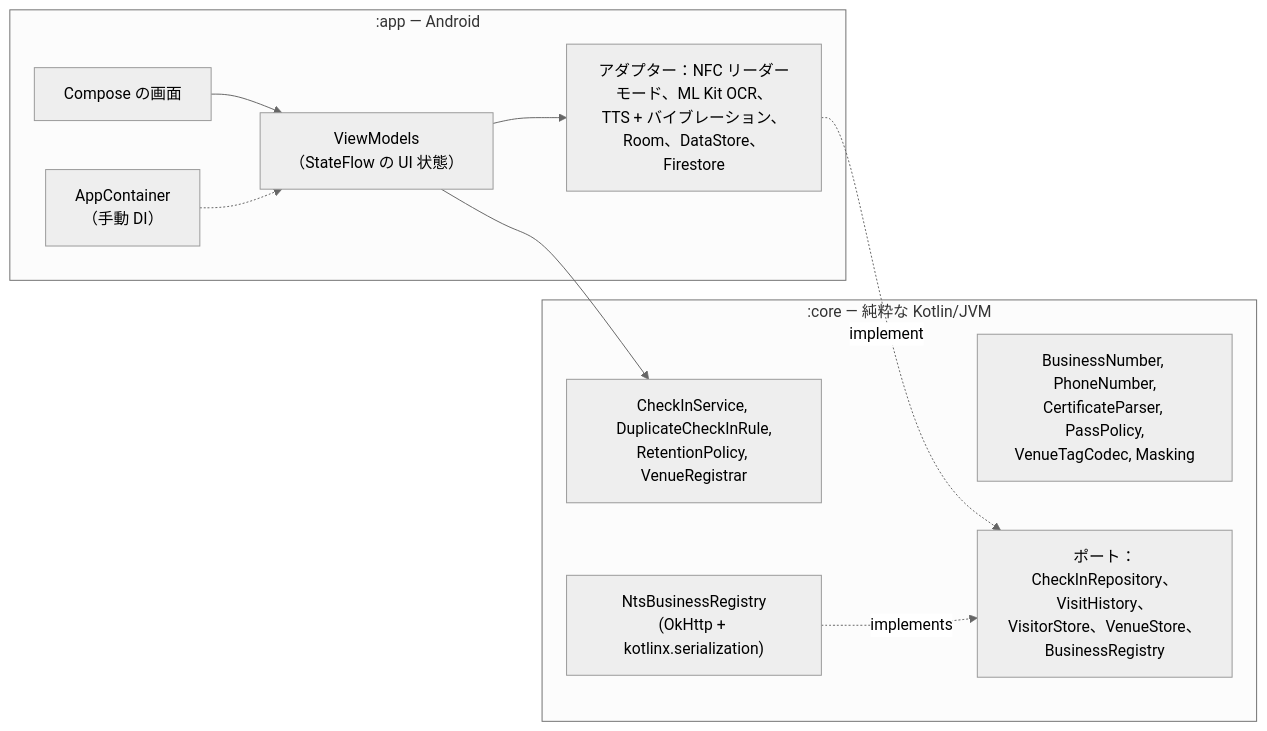
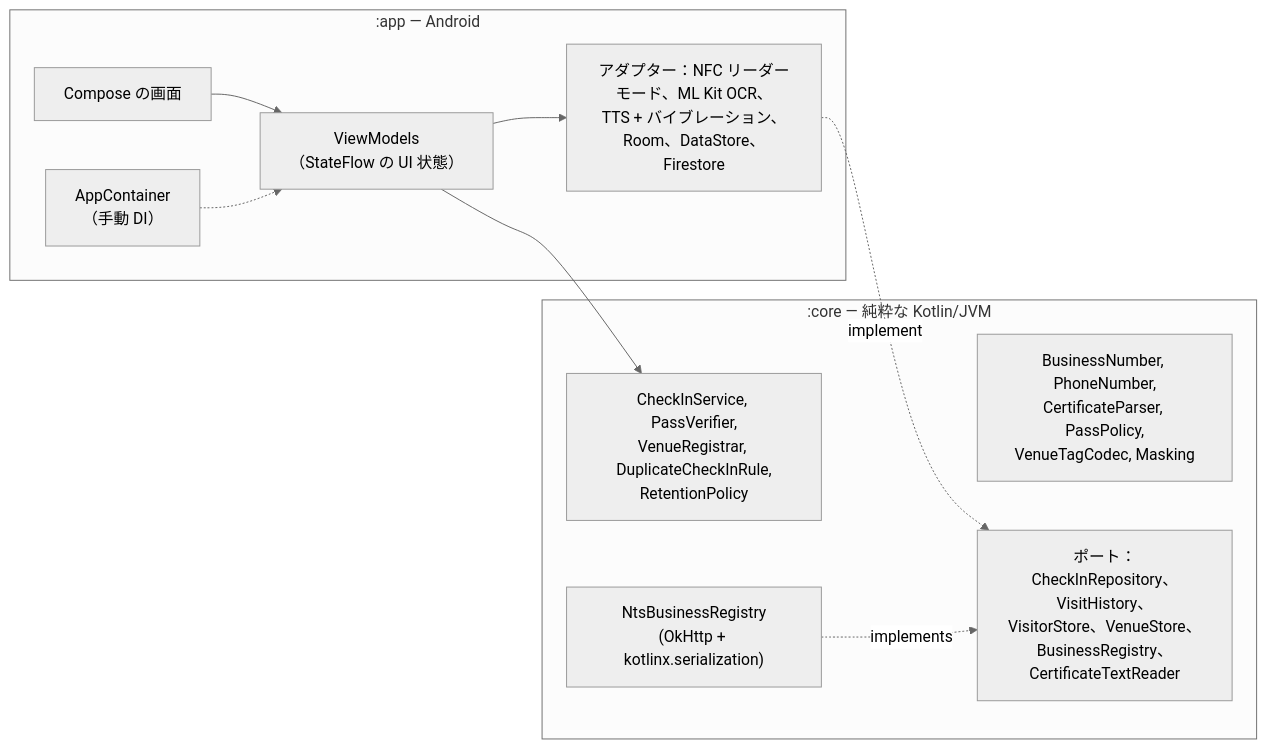
The second of 2 diagrams in README.ja.md (jumincho/covid-pass-nfc), drawn with Mermaid (neutral theme) before and after one commit. The commit also changed other lines of this file and 4 other files, not shown here.

````diff
--- a/README.ja.md
+++ b/README.ja.md
@@ -92,17 +92,17 @@
 ```mermaid
 flowchart LR
     subgraph app [":app — Android"]
         UI["Compose の画面"] --> VM["ViewModels<br/>（StateFlow の UI 状態）"]
         VM --> Adapters["アダプター：NFC リーダーモード、ML Kit OCR、<br/>TTS + バイブレーション、Room、DataStore、Firestore"]
         DI["AppContainer<br/>（手動 DI）"] -.-> VM
     end
     subgraph core [":core — 純粋な Kotlin/JVM"]
         Domain["BusinessNumber, PhoneNumber,<br/>CertificateParser, PassPolicy,<br/>VenueTagCodec, Masking"]
-        Rules["CheckInService, DuplicateCheckInRule,<br/>RetentionPolicy, VenueRegistrar"]
-        Ports["ポート：CheckInRepository、VisitHistory、<br/>VisitorStore、VenueStore、BusinessRegistry"]
+        Rules["CheckInService, PassVerifier,<br/>VenueRegistrar, DuplicateCheckInRule,<br/>RetentionPolicy"]
+        Ports["ポート：CheckInRepository、VisitHistory、<br/>VisitorStore、VenueStore、BusinessRegistry、<br/>CertificateTextReader"]
         NTS["NtsBusinessRegistry<br/>(OkHttp + kotlinx.serialization)"]
     end
     VM --> Rules
     Adapters -. implement .-> Ports
     NTS -. implements .-> Ports
 ```
````
